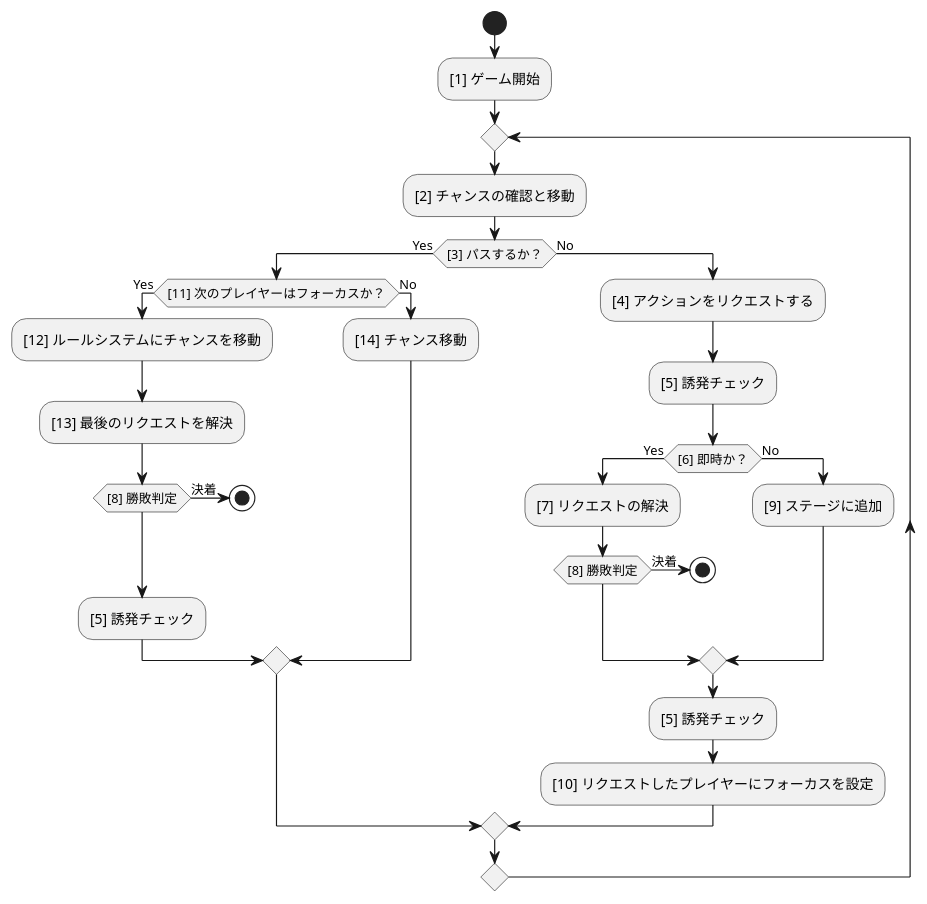
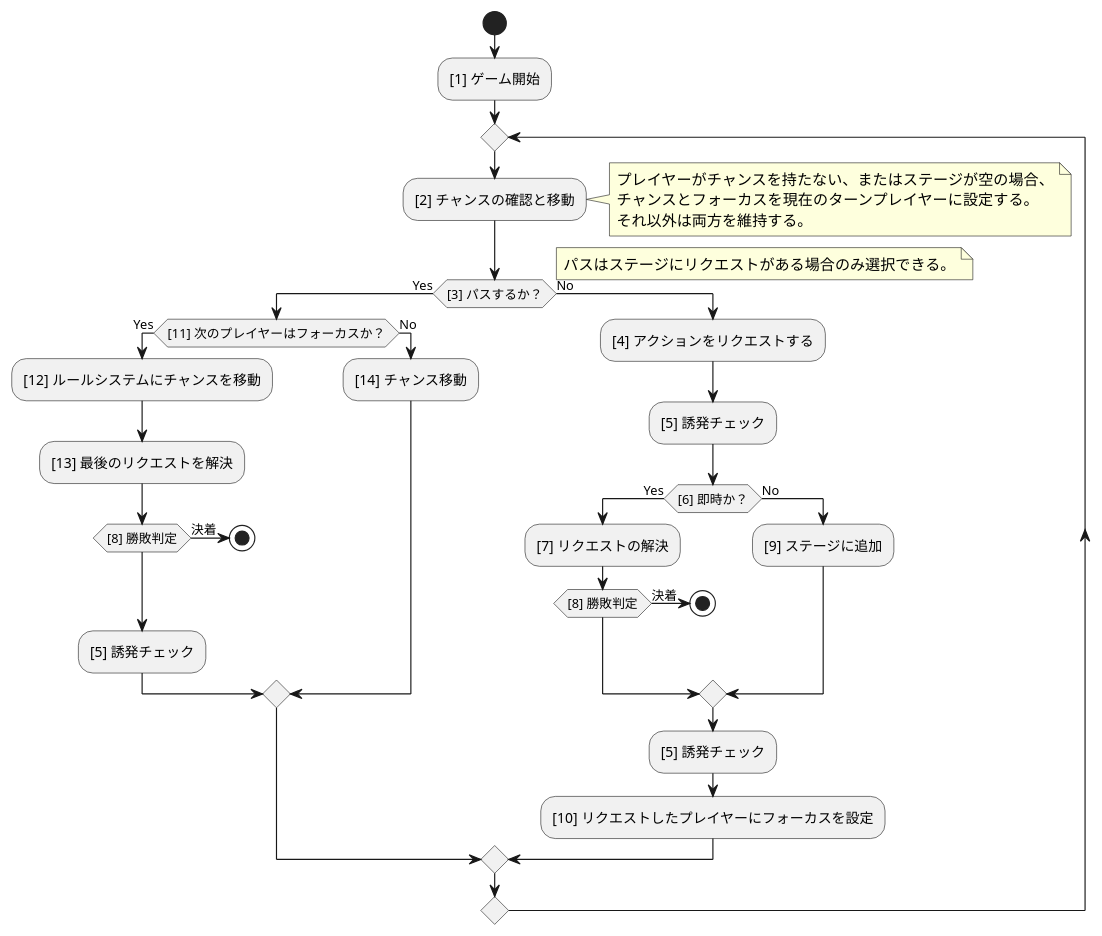
The diagram in source/core/coreflow.puml (BlackPoker/BlackPoker), drawn with PlantUML before and after one commit. The commit also changed 9 other files, not shown here.

```diff
--- a/source/core/coreflow.puml
+++ b/source/core/coreflow.puml
@@ -1,33 +1,41 @@
 @startuml
 skinparam defaultFontName "Droid Sans Fallback"
 start
 :[1] ゲーム開始;
 repeat
 :[2] チャンスの確認と移動;
+note right
+  プレイヤーがチャンスを持たない、またはステージが空の場合、
+  チャンスとフォーカスを現在のターンプレイヤーに設定する。
+  それ以外は両方を維持する。
+end note
 if ([3] パスするか？) then (Yes)
+    note right
+      パスはステージにリクエストがある場合のみ選択できる。
+    end note
     if ([11] 次のプレイヤーはフォーカスか？) then (Yes)
         :[12] ルールシステムにチャンスを移動;
         :[13] 最後のリクエストを解決;
         if ([8] 勝敗判定) then (決着)
             stop
         endif
         :[5] 誘発チェック;
     else (No)
         :[14] チャンス移動;
     endif
 else (No)
     :[4] アクションをリクエストする;
     :[5] 誘発チェック;
     if ([6] 即時か？) then (Yes)
         :[7] リクエストの解決;
         if ([8] 勝敗判定) then (決着)
             stop
         endif
     else (No)
         :[9] ステージに追加;
     endif
     :[5] 誘発チェック;
     :[10] リクエストしたプレイヤーにフォーカスを設定;
 endif
 repeat while()
 @enduml
```
